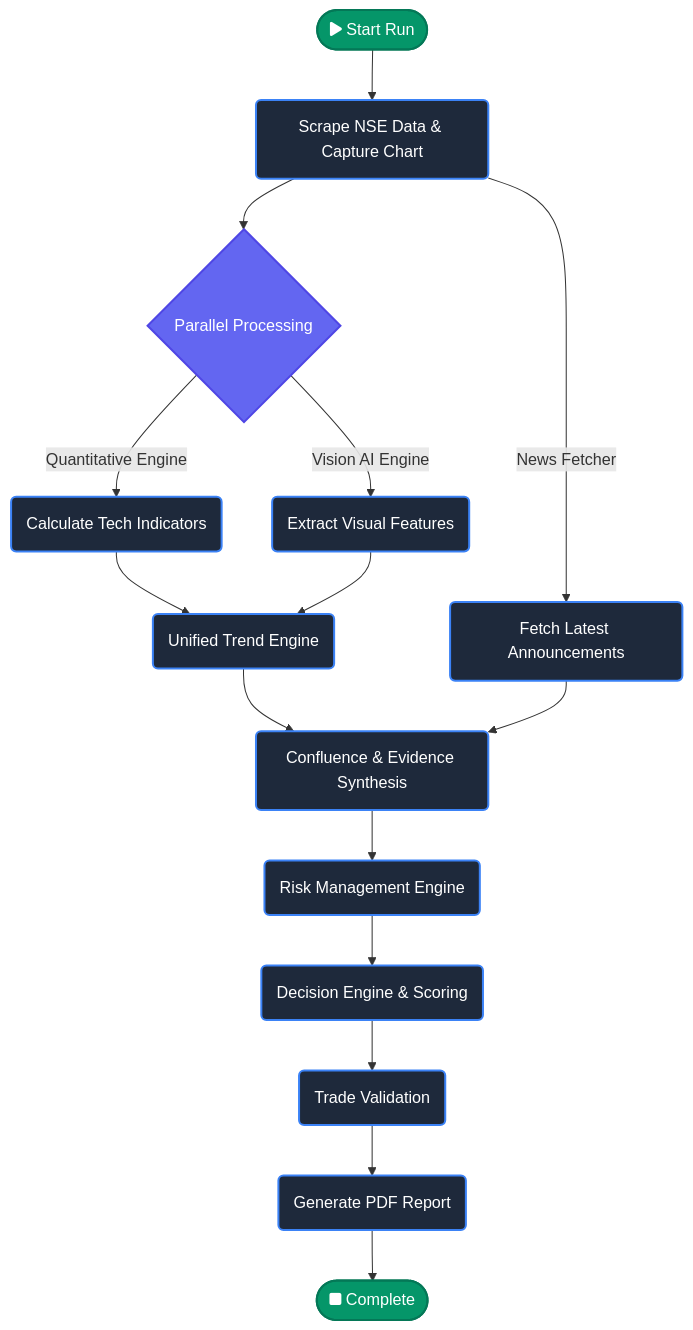
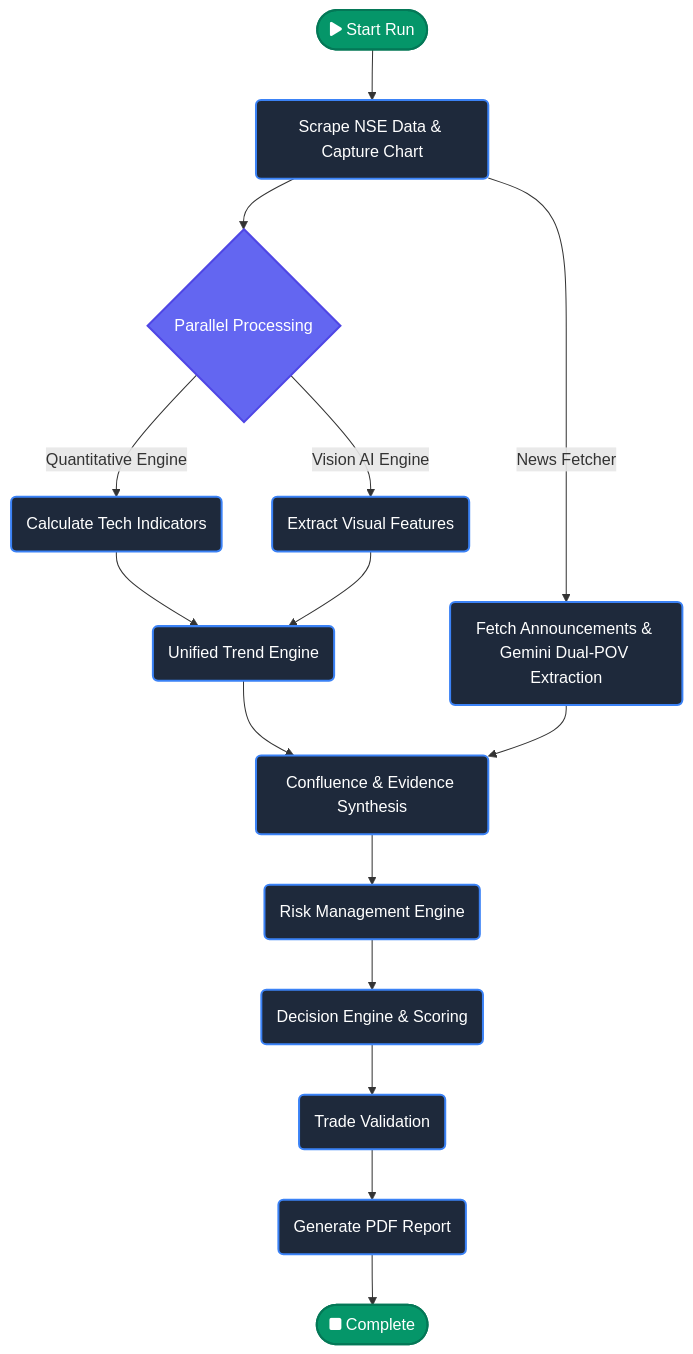
One commit to rushabhkhandhar/VisuQuant changed the diagram in README.md. Above: the diagram before and after it, drawn with Mermaid. The commit also changed other lines of this file and 1 other file, not shown here.

````diff
--- a/README.md
+++ b/README.md
@@ -13,27 +13,27 @@
 ```mermaid
 graph TD
     %% Main Pipeline
     Start([fa:fa-play Start Run]) --> A(Scrape NSE Data & Capture Chart)
     A --> B{Parallel Processing}
     B -->|Quantitative Engine| C(Calculate Tech Indicators)
     B -->|Vision AI Engine| D(Extract Visual Features)
     C --> E(Unified Trend Engine)
     D --> E
     E --> F(Confluence & Evidence Synthesis)
-    A -->|News Fetcher| News(Fetch Latest Announcements)
+    A -->|News Fetcher| News(Fetch Announcements & Gemini Dual-POV Extraction)
     News --> F
     F --> G(Risk Management Engine)
     G --> H(Decision Engine & Scoring)
     H --> I(Trade Validation)
     I --> J(Generate PDF Report)
     J --> End([fa:fa-stop Complete])
 
     %% Styling
     classDef node fill:#1e293b,stroke:#3b82f6,stroke-width:2px,color:#fff;
     classDef startend fill:#059669,stroke:#047857,stroke-width:2px,color:#fff;
     classDef parallel fill:#6366f1,stroke:#4f46e5,stroke-width:2px,color:#fff;
     
     class A,C,D,E,F,G,H,I,J node;
     class Start,End startend;
     class B parallel;
 ```
````
